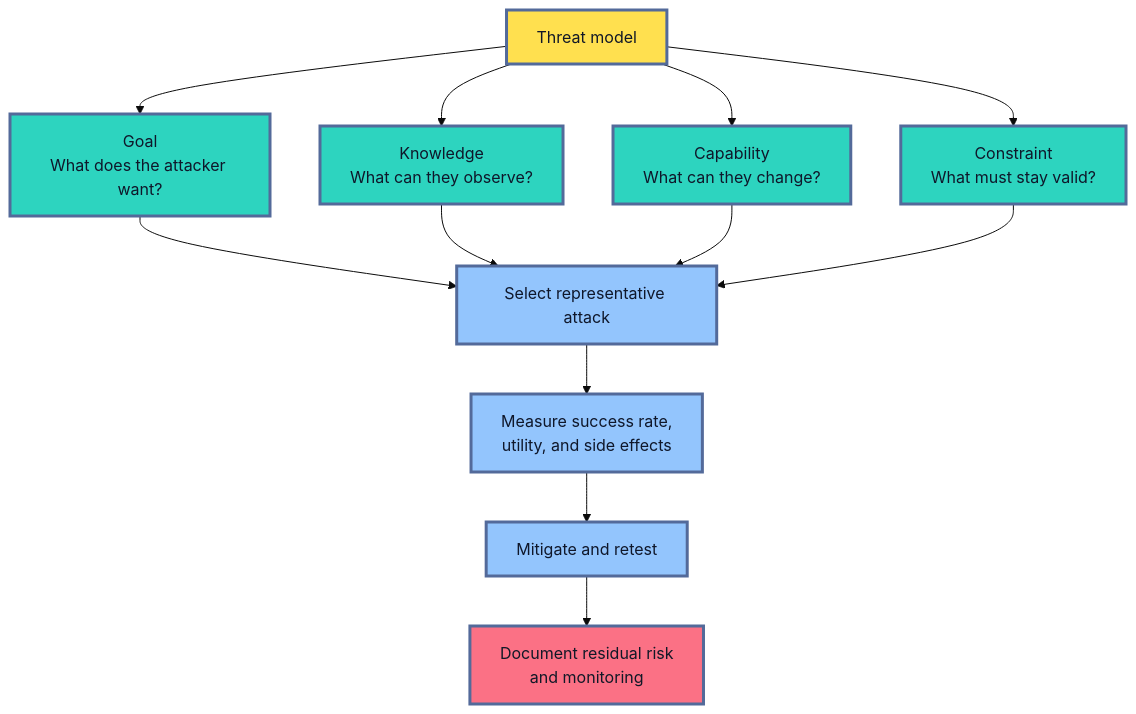
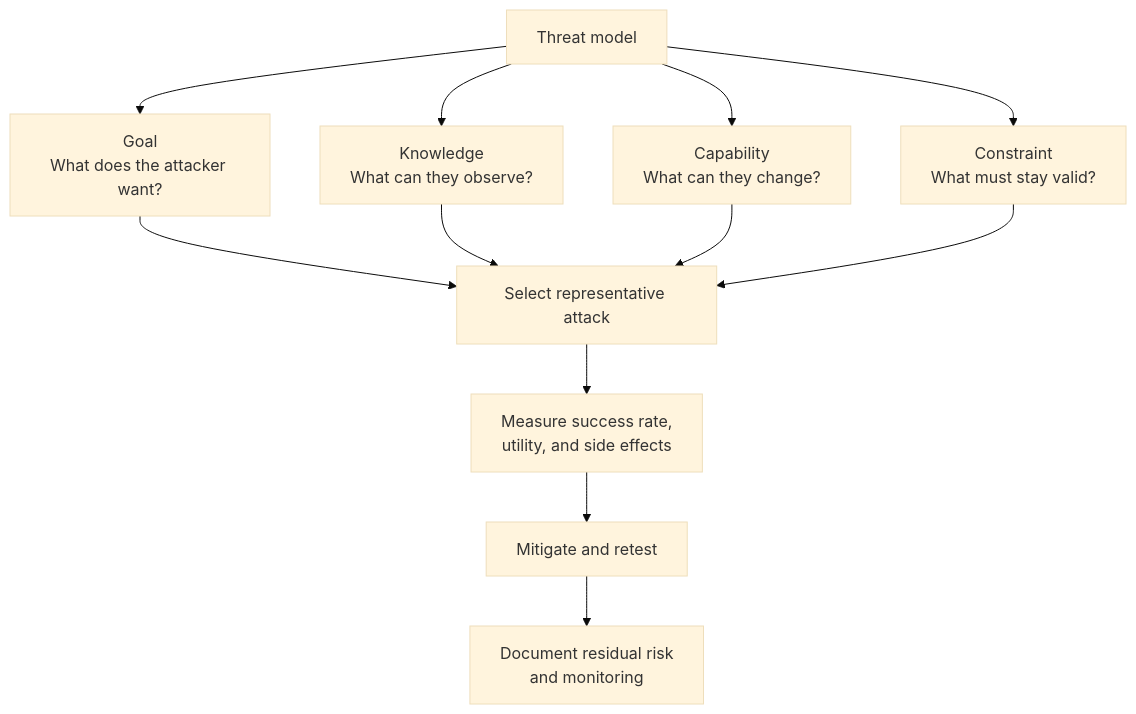
The eighth of 12 diagrams in roadmaps/mlops/modules/model-evaluation/production-readiness/03-robustness-testing-before-release.md (senlinyy/dev-roadmaps), drawn with Mermaid (base theme) before and after one commit. The commit also changed other lines of this file and 152 other files, not shown here.

Commit message:
feat: mlops and diagrams updated

````diff
--- a/roadmaps/mlops/modules/model-evaluation/production-readiness/03-robustness-testing-before-release.md
+++ b/roadmaps/mlops/modules/model-evaluation/production-readiness/03-robustness-testing-before-release.md
@@ -494,23 +467,19 @@
 ```mermaid
 flowchart TD
     A["Threat model"] --> B["Goal<br/>What does the attacker want?"]
     A --> C["Knowledge<br/>What can they observe?"]
     A --> D["Capability<br/>What can they change?"]
     A --> E["Constraint<br/>What must stay valid?"]
     B --> F["Select representative attack"]
     C --> F
     D --> F
     E --> F
     F --> G["Measure success rate,<br/>utility, and side effects"]
     G --> H["Mitigate and retest"]
     H --> I["Document residual risk<br/>and monitoring"]
 
-    classDef threat fill:#FFE04F,stroke:#536A9A,stroke-width:3px,color:#111827
-    classDef detail fill:#2DD4BF,stroke:#536A9A,stroke-width:3px,color:#0F172A
-    classDef test fill:#93C5FD,stroke:#536A9A,stroke-width:3px,color:#0F172A
-    classDef risk fill:#FB7185,stroke:#536A9A,stroke-width:3px,color:#111827
     class A threat
     class B,C,D,E detail
     class F,G,H test
     class I risk
 ```
````
